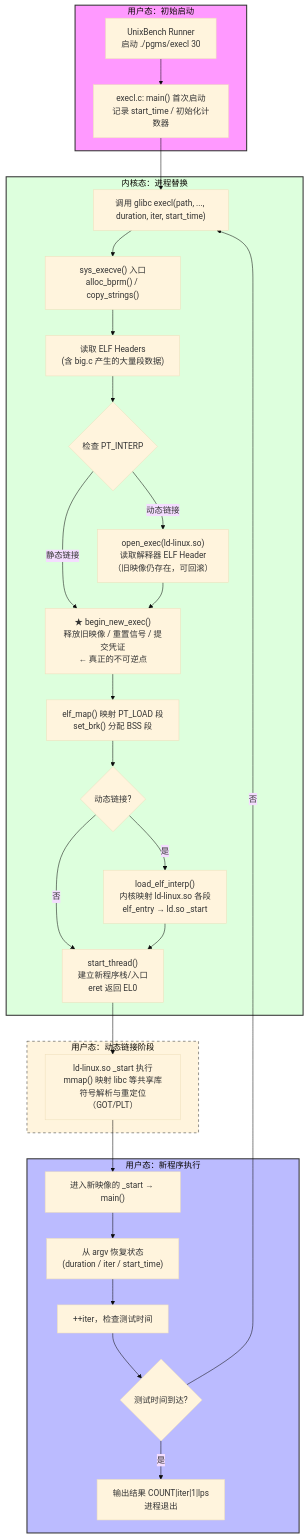
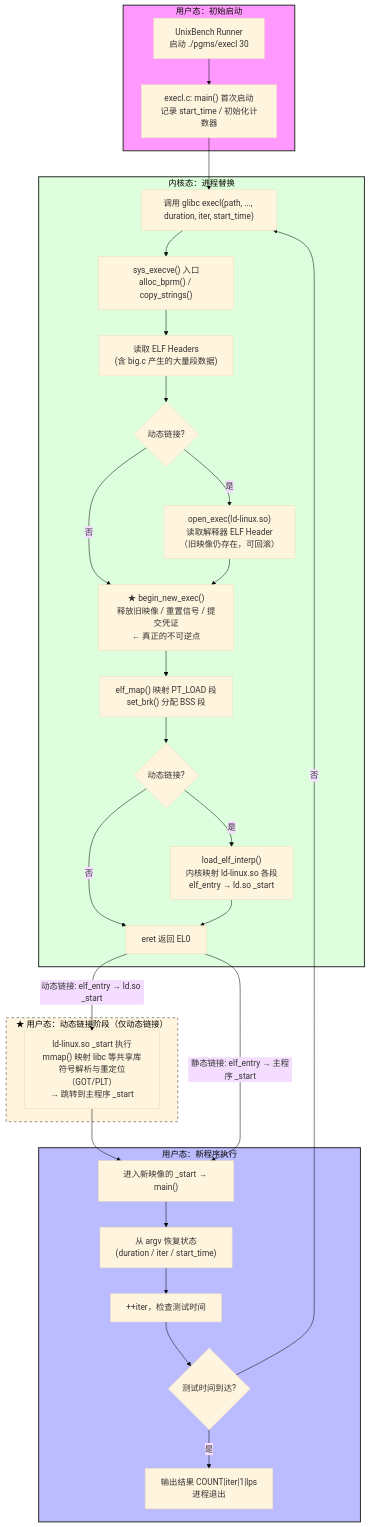
The second of 4 diagrams in execl_flow_correct.md (fsqHub/byte-unixbench), drawn with Mermaid (base theme) before and after one commit. The commit also changed other lines of this file and 1 other file, not shown here.

Commit message:
修正 execl 测试流程图中的内核态动态链接和静态链接逻辑，确保准确反映旧进程映像清除时机及入口点处理。

````diff
--- a/execl_flow_correct.md
+++ b/execl_flow_correct.md
@@ -453,41 +456,45 @@
 ```mermaid
 flowchart TD
     subgraph User_Space_Initial [用户态：初始启动]
         A[UnixBench Runner<br/>启动 ./pgms/execl 30] --> B["execl.c: main() 首次启动<br/>记录 start_time / 初始化计数器"]
     end
 
     subgraph Kernel_Space [内核态：进程替换]
         B --> C["调用 glibc execl(path, ..., duration, iter, start_time)"]
         C --> D["sys_execve() 入口<br/>alloc_bprm() / copy_strings()"]
         D --> E["读取 ELF Headers<br/>(含 big.c 产生的大量段数据)"]
-        E --> F{检查 PT_INTERP}
-        F -- 动态链接 --> G["open_exec(ld-linux.so)<br/>读取解释器 ELF Header<br/>（旧映像仍存在，可回滚）"]
-        F -- 静态链接 --> H
+        E --> F{动态链接?}
+        F -- 是 --> G["open_exec(ld-linux.so)<br/>读取解释器 ELF Header<br/>（旧映像仍存在，可回滚）"]
+        F -- 否 --> H
         G --> H["★ begin_new_exec()<br/>释放旧映像 / 重置信号 / 提交凭证<br/>← 真正的不可逆点"]
         H --> I["elf_map() 映射 PT_LOAD 段<br/>set_brk() 分配 BSS 段"]
         I --> J{动态链接?}
-        J -- 否 --> L["start_thread()<br/>建立新程序栈/入口<br/>eret 返回 EL0"]
+        
+
         J -- 是 --> K["load_elf_interp()<br/>内核映射 ld-linux.so 各段<br/>elf_entry → ld.so _start"]
+        J -- 否 --> L2["eret 返回 EL0"]
+
         
-        K --> L
+        K --> L2["eret 返回 EL0"]
     end
 
-    subgraph Loader_Phase [用户态：动态链接阶段]
-        L --> M["ld-linux.so _start 执行<br/>mmap() 映射 libc 等共享库<br/>符号解析与重定位（GOT/PLT）"]
+    subgraph Loader_Phase ["★ 用户态：动态链接阶段（仅动态链接）"]
+        L2 -- 动态链接: elf_entry → ld.so _start --> M["ld-linux.so _start 执行<br/>mmap() 映射 libc 等共享库<br/>符号解析与重定位（GOT/PLT）<br/>→ 跳转到主程序 _start"]
     end
 
     subgraph User_Space_New [用户态：新程序执行]
         M --> N["进入新映像的 _start → main()"]
+        L2 -- 静态链接: elf_entry → 主程序 _start --> N
         N --> O["从 argv 恢复状态<br/>(duration / iter / start_time)"]
         O --> P["++iter，检查测试时间"]
         P --> Q{测试时间到达?}
         Q -- 否 --> C
         Q -- 是 --> R["输出结果 COUNT|iter|1|lps<br/>进程退出"]
     end
 
     %% 样式
     style User_Space_Initial fill:#f9f,stroke:#333,stroke-width:2px
     style Kernel_Space       fill:#dfd,stroke:#333,stroke-width:2px
     style Loader_Phase       fill:#fff4dd,stroke:#333,stroke-dasharray: 5 5
     style User_Space_New     fill:#bbf,stroke:#333,stroke-width:2px
 ```
````
